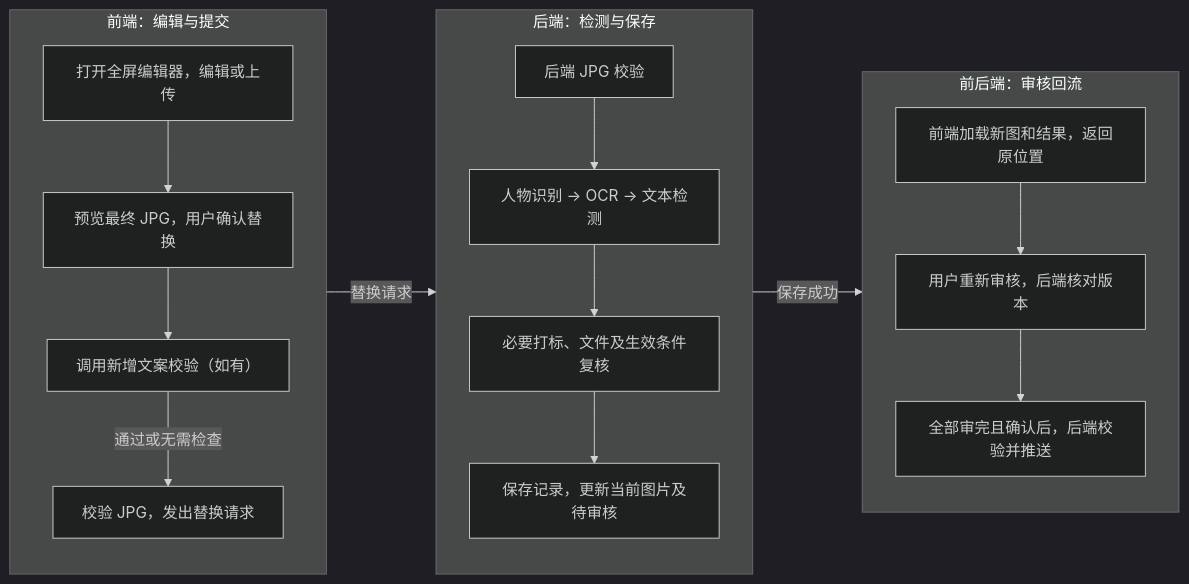
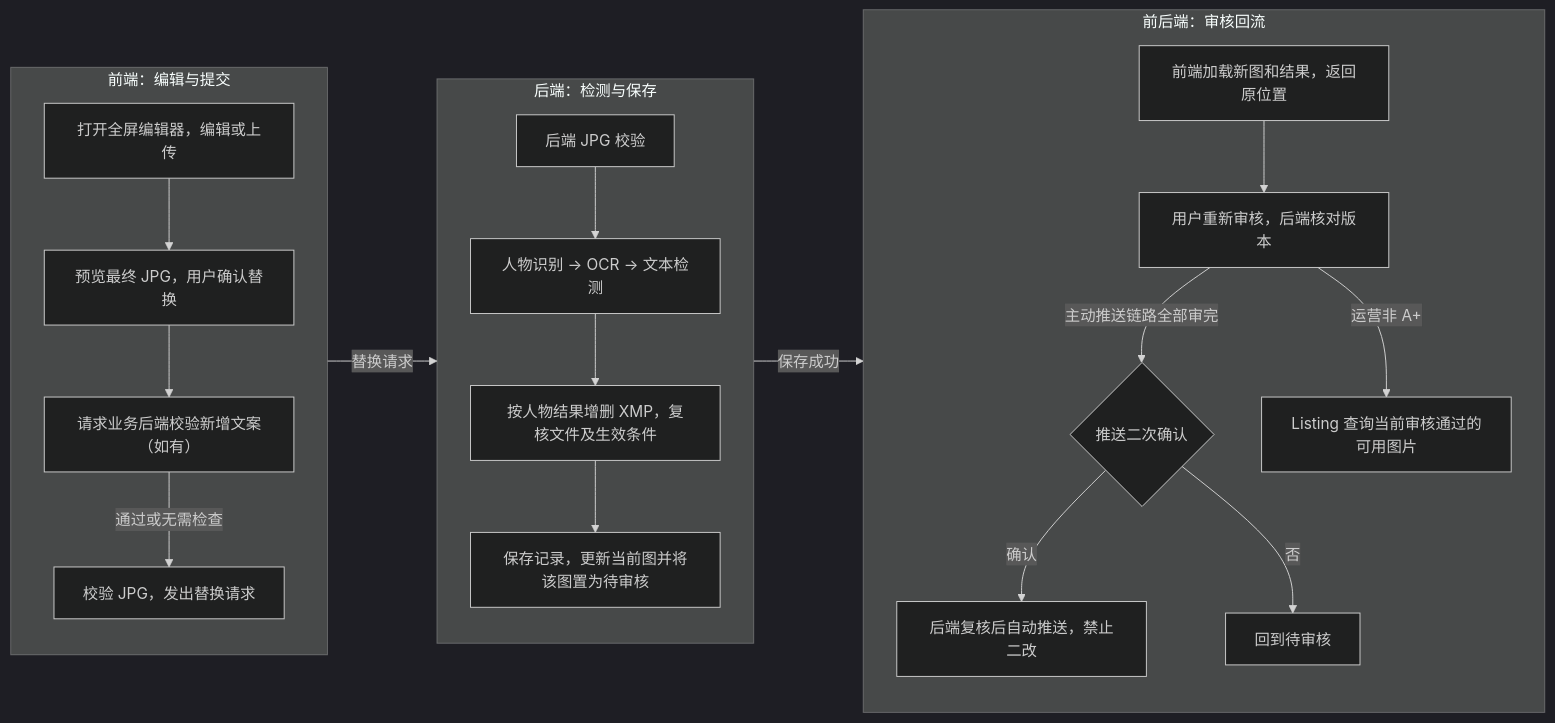
One commit to xuqiang97/ai-image-prd-hub changed the diagram in prd/2026-09/M-37218-image-secondary-editing/README.md. Above: the diagram before and after it, drawn with Mermaid (dark theme). The commit also changed other lines of this file, not shown here.

````diff
--- a/prd/2026-09/M-37218-image-secondary-editing/README.md
+++ b/prd/2026-09/M-37218-image-secondary-editing/README.md
@@ -54,22 +54,25 @@
 ```mermaid
 flowchart LR
     subgraph Edit["前端：编辑与提交"]
         direction TB
         A["打开全屏编辑器，编辑或上传"] --> B["预览最终 JPG，用户确认替换"]
-        B --> C["调用新增文案校验（如有）"]
+        B --> C["请求业务后端校验新增文案（如有）"]
         C -->|通过或无需检查| D["校验 JPG，发出替换请求"]
     end
     subgraph Replace["后端：检测与保存"]
         direction TB
         E["后端 JPG 校验"] --> F["人物识别 → OCR → 文本检测"]
-        F --> G["必要打标、文件及生效条件复核"]
-        G --> H["保存记录，更新当前图片及待审核"]
+        F --> G["按人物结果增删 XMP，复核文件及生效条件"]
+        G --> H["保存记录，更新当前图并将该图置为待审核"]
     end
     subgraph Review["前后端：审核回流"]
         direction TB
         I["前端加载新图和结果，返回原位置"] --> J["用户重新审核，后端核对版本"]
-        J --> K["全部审完且确认后，后端校验并推送"]
+        J -->|主动推送链路全部审完| K{"推送二次确认"}
+        K -->|确认| M["后端复核后自动推送，禁止二改"]
+        K -->|否| N["回到待审核"]
+        J -->|运营非 A+| L["Listing 查询当前审核通过的可用图片"]
     end
     Edit -->|替换请求| Replace
     Replace -->|保存成功| Review
 ```
````
